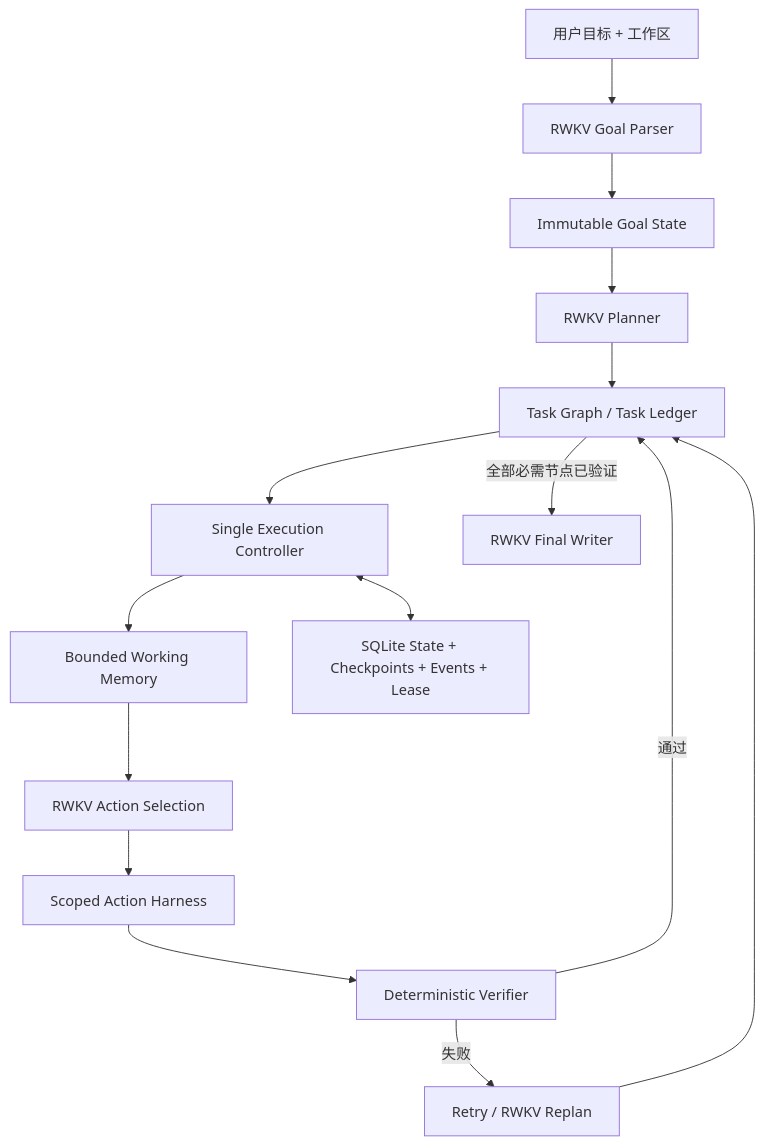
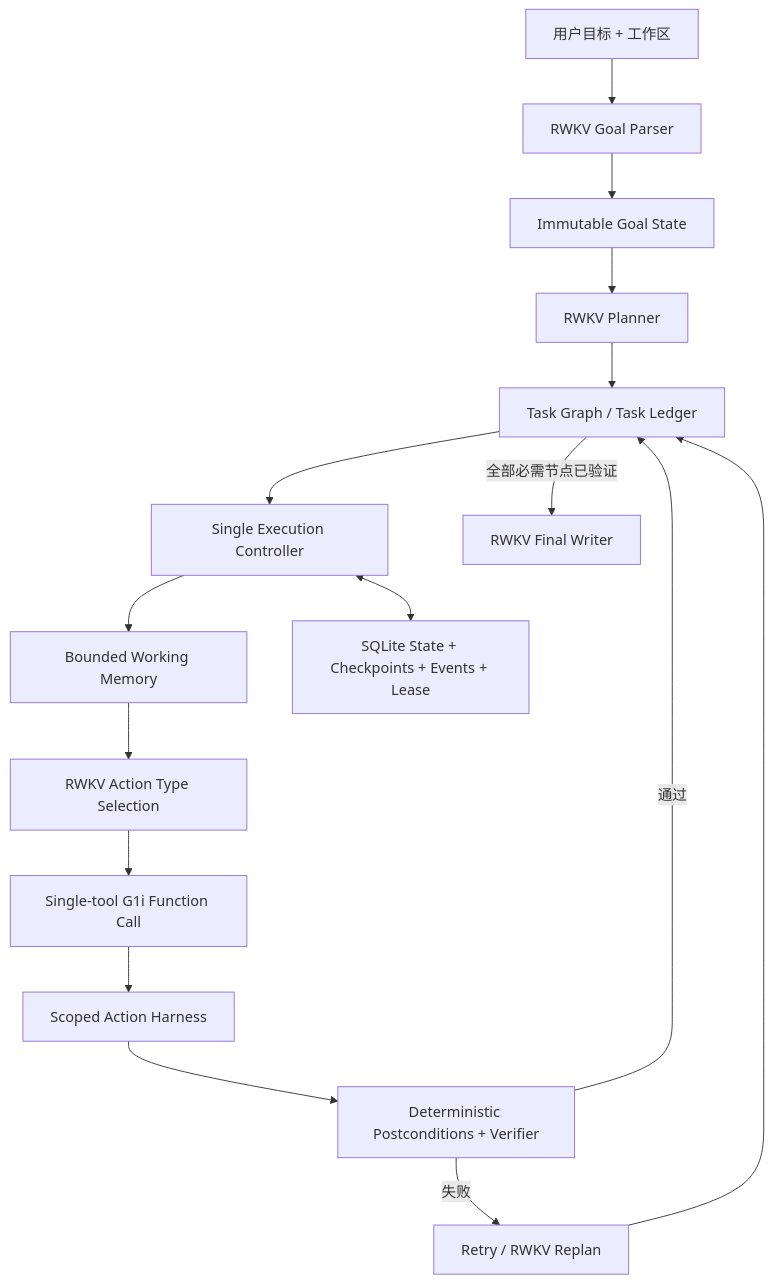
Before and after one commit to rwkv-rs/RWKV-LH: the diagram in README.md, drawn with Mermaid. The commit also changed other lines of this file, not shown here.

````diff
--- a/README.md
+++ b/README.md
@@ -13,17 +30,18 @@
 ```mermaid
 flowchart TD
     U["用户目标 + 工作区"] --> G["RWKV Goal Parser"]
     G --> S["Immutable Goal State"]
     S --> P["RWKV Planner"]
     P --> T["Task Graph / Task Ledger"]
     T --> C["Single Execution Controller"]
     C --> M["Bounded Working Memory"]
-    M --> A["RWKV Action Selection"]
-    A --> H["Scoped Action Harness"]
-    H --> V["Deterministic Verifier"]
+    M --> A["RWKV Action Type Selection"]
+    A --> FC["Single-tool G1i Function Call"]
+    FC --> H["Scoped Action Harness"]
+    H --> V["Deterministic Postconditions + Verifier"]
     V -->|"通过"| T
     V -->|"失败"| R["Retry / RWKV Replan"]
     R --> T
     T -->|"全部必需节点已验证"| F["RWKV Final Writer"]
     C <--> D["SQLite State + Checkpoints + Events + Lease"]
 ```
````
